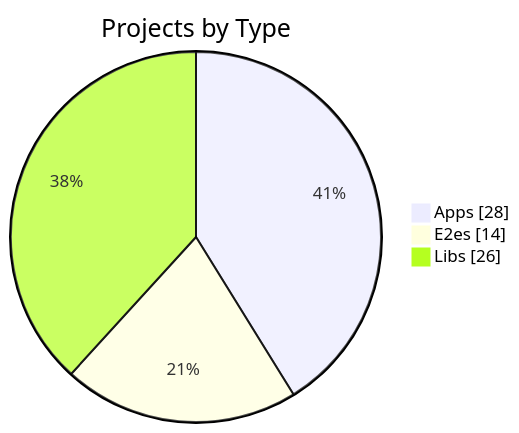
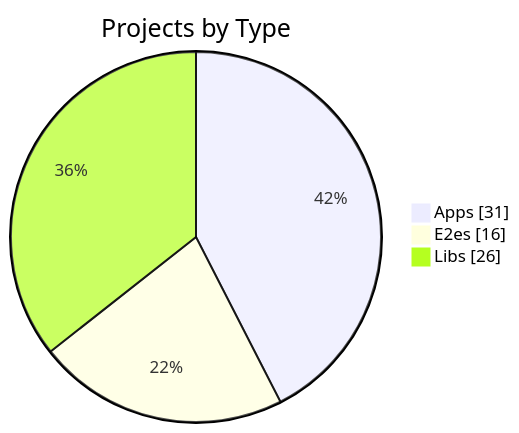
Before and after one commit to KBVE/kbve: the first of 3 diagrams in apps/kbve/astro-kbve/src/content/docs/dashboard/graph.mdx, drawn with Mermaid. The commit also changed other lines of this file and 8 other files, not shown here.

````diff
--- a/apps/kbve/astro-kbve/src/content/docs/dashboard/graph.mdx
+++ b/apps/kbve/astro-kbve/src/content/docs/dashboard/graph.mdx
@@ -56,7 +56,7 @@
 ```mermaid
 pie showData
     title Projects by Type
-    "Apps" : 28
-    "E2es" : 14
+    "Apps" : 31
+    "E2es" : 16
     "Libs" : 26
 ```
````
